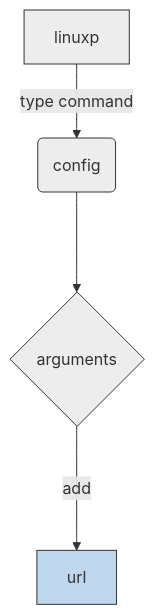
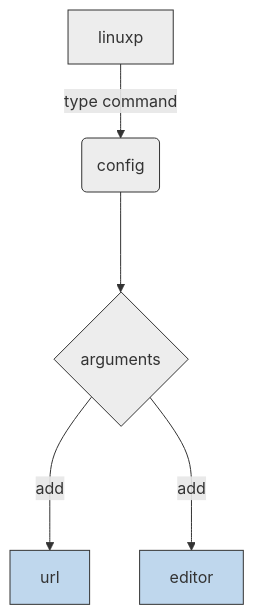
The diagram in docs/nav/commands/config/index.md (linux-profile/linux-profile), drawn with Mermaid before and after one commit. The commit also changed other lines of this file and 1 other file, not shown here.

````diff
--- a/docs/nav/commands/config/index.md
+++ b/docs/nav/commands/config/index.md
@@ -27,12 +28,14 @@
 ``` mermaid
 graph TD
     L[linuxp] -->|type command| c(config)
     c ---> option_c{arguments}
     option_c --->|add| arg_c_url[url]
+    option_c --->|add| arg_c_editor[editor]
 
     style arg_c_url fill:#BFD7ED,stroke:#333
+    style arg_c_editor fill:#BFD7ED,stroke:#333
 
     style L fill:#ededed,stroke:#333
     style c fill:#ededed,stroke:#333
     style option_c fill:#ededed,stroke:#333
 ```
````
